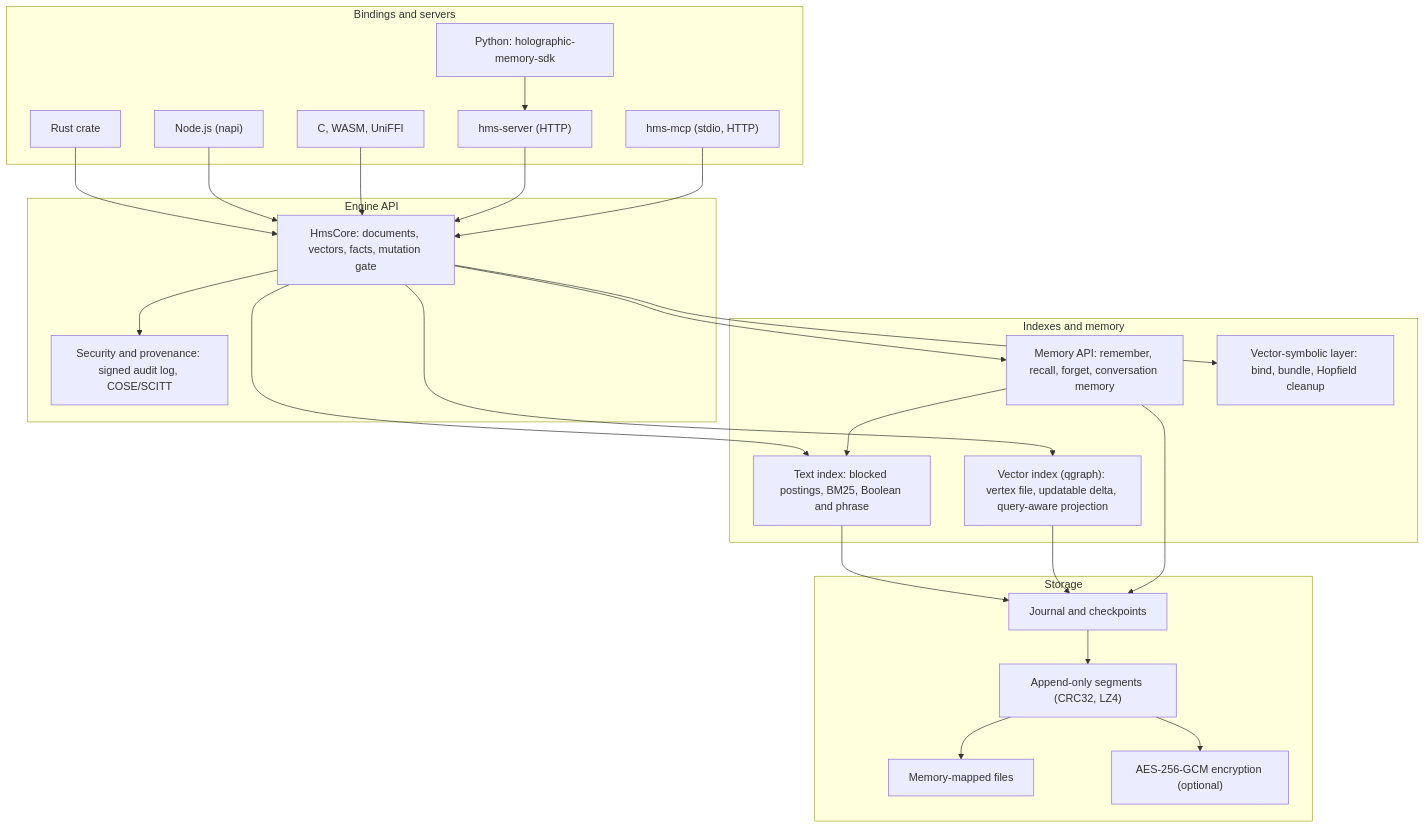
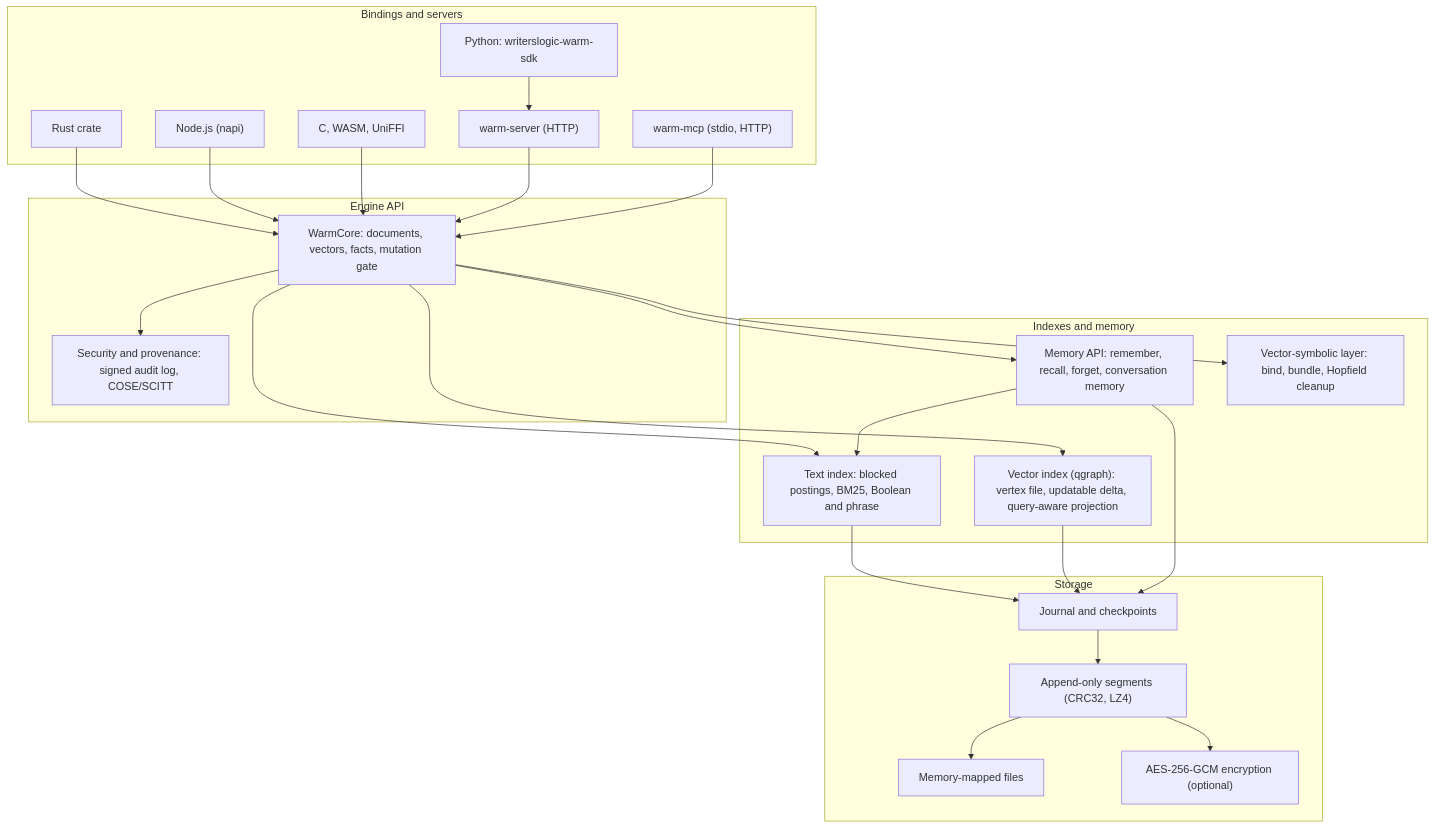
Before and after one commit to writerslogic/holographic-memory: the diagram in README.md, drawn with Mermaid. The commit also changed other lines of this file and 1490 other files, not shown here.

````diff
--- a/README.md
+++ b/README.md
@@ -334,45 +325,45 @@
 ```mermaid
 flowchart TB
   subgraph bindings["Bindings and servers"]
     rust["Rust crate"]
     node["Node.js (napi)"]
     ffi["C, WASM, UniFFI"]
-    python["Python: holographic-memory-sdk"]
-    server["hms-server (HTTP)"]
-    mcp["hms-mcp (stdio, HTTP)"]
+    python["Python: writerslogic-warm-sdk"]
+    server["warm-server (HTTP)"]
+    mcp["warm-mcp (stdio, HTTP)"]
   end
   subgraph engine["Engine API"]
-    core["HmsCore: documents, vectors, facts, mutation gate"]
+    core["WarmCore: documents, vectors, facts, mutation gate"]
     prov["Security and provenance: signed audit log, COSE/SCITT"]
   end
   subgraph indexes["Indexes and memory"]
     text["Text index: blocked postings, BM25, Boolean and phrase"]
     vector["Vector index (qgraph): vertex file, updatable delta, query-aware projection"]
     memory["Memory API: remember, recall, forget, conversation memory"]
     vsa["Vector-symbolic layer: bind, bundle, Hopfield cleanup"]
   end
   subgraph storage["Storage"]
     journal["Journal and checkpoints"]
     segments["Append-only segments (CRC32, LZ4)"]
     mapped["Memory-mapped files"]
     crypto["AES-256-GCM encryption (optional)"]
   end
   python --> server
   rust --> core
   node --> core
   ffi --> core
   server --> core
   mcp --> core
   core --> text
   core --> vector
   core --> memory
   core --> vsa
   core --> prov
   memory --> text
   text --> journal
   vector --> journal
   memory --> journal
   journal --> segments
   segments --> mapped
   segments --> crypto
 ```
````
